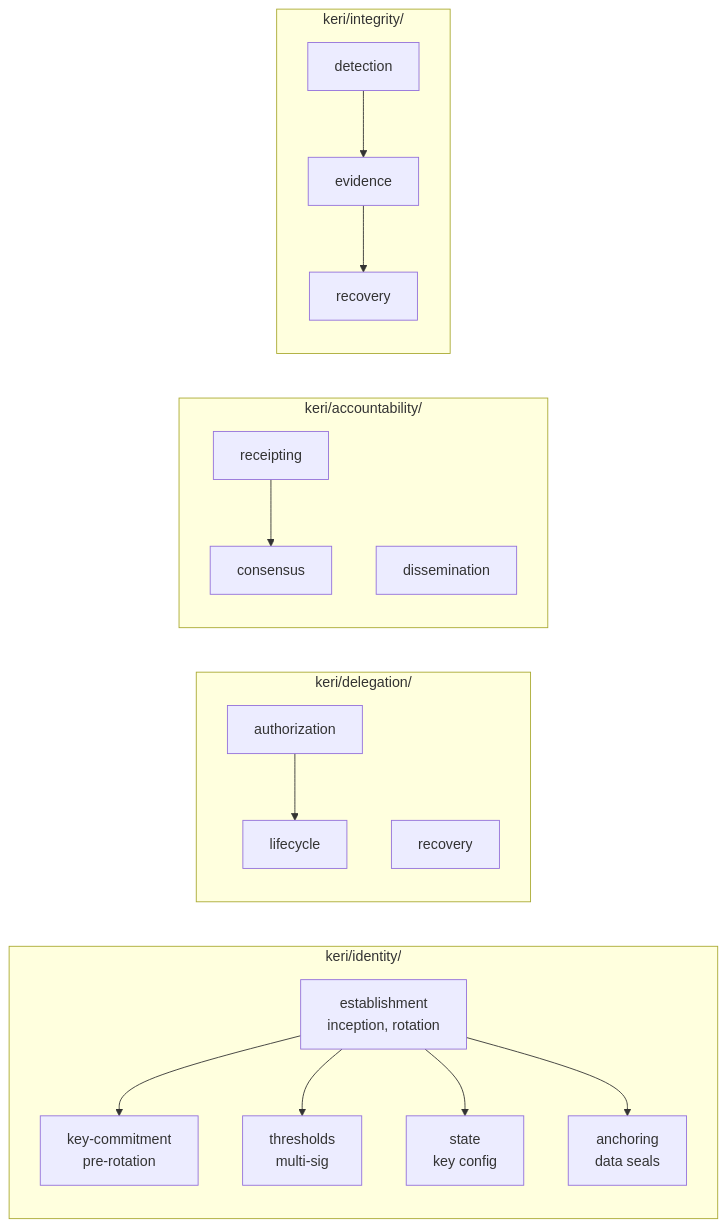
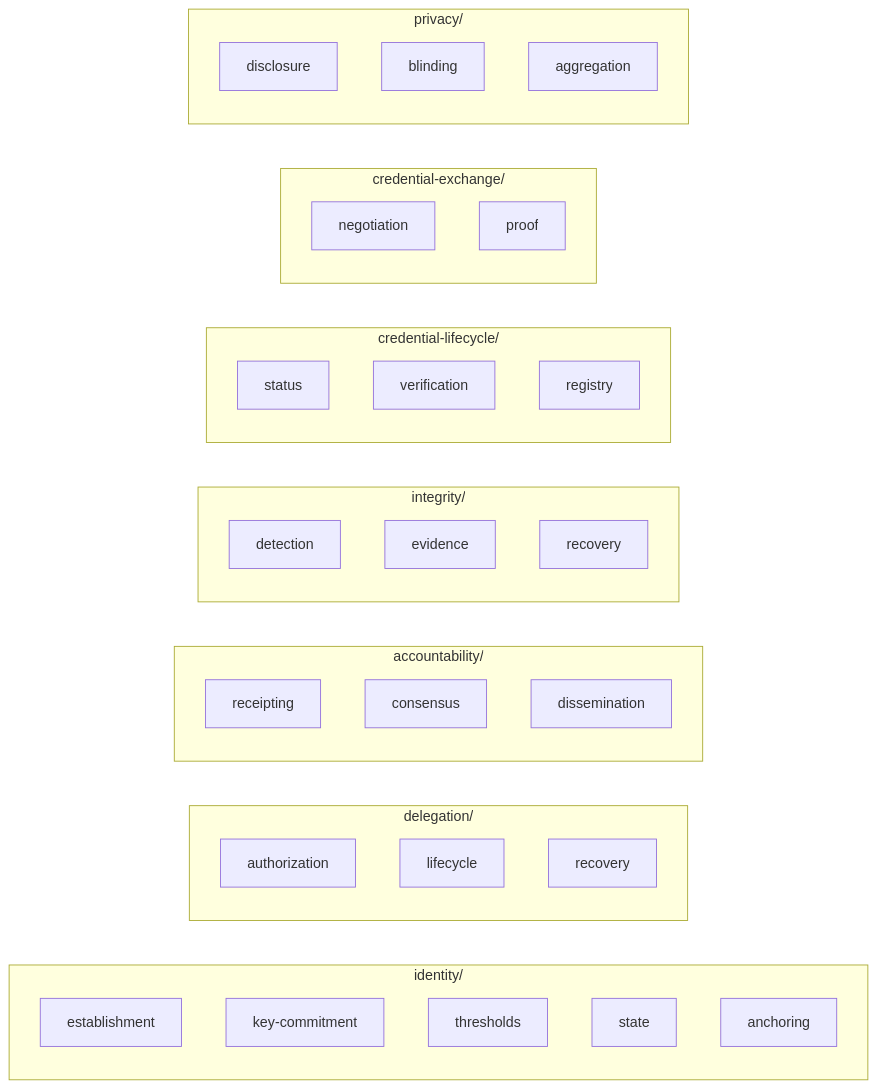
One commit to seriouscoderone/keri-claude changed the second of 3 diagrams in README.md. Above: the diagram before and after it, drawn with Mermaid. The commit also changed other lines of this file and 353 other files, not shown here.

````diff
--- a/README.md
+++ b/README.md
@@ -67,37 +75,45 @@
 ```mermaid
 graph LR
-    subgraph identity["keri/identity/"]
-        EST["establishment<br/>inception, rotation"]
-        KC["key-commitment<br/>pre-rotation"]
-        TH["thresholds<br/>multi-sig"]
-        ST["state<br/>key config"]
-        AN["anchoring<br/>data seals"]
+    subgraph identity["identity/"]
+        EST["establishment"]
+        KC["key-commitment"]
+        TH["thresholds"]
+        ST["state"]
+        AN["anchoring"]
     end
 
-    subgraph delegation["keri/delegation/"]
+    subgraph delegation["delegation/"]
         AUTH["authorization"]
         LIF["lifecycle"]
         REC1["recovery"]
     end
 
-    subgraph accountability["keri/accountability/"]
+    subgraph accountability["accountability/"]
         RCPT["receipting"]
         CON["consensus"]
         DIS["dissemination"]
     end
 
-    subgraph integrity["keri/integrity/"]
+    subgraph integrity["integrity/"]
         DET["detection"]
         EVI["evidence"]
         REC2["recovery"]
     end
 
-    EST --> KC
-    EST --> TH
-    EST --> ST
-    EST --> AN
-    AUTH --> LIF
-    RCPT --> CON
-    DET --> EVI
-    EVI --> REC2
+    subgraph credentials["credential-lifecycle/"]
+        STAT["status"]
+        VER["verification"]
+        REG["registry"]
+    end
+
+    subgraph exchange["credential-exchange/"]
+        NEG["negotiation"]
+        PRF["proof"]
+    end
+
+    subgraph privacy["privacy/"]
+        DISC2["disclosure"]
+        BLI["blinding"]
+        AGG["aggregation"]
+    end
 ```
````
